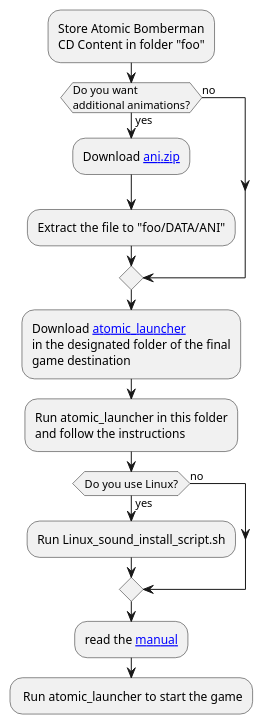
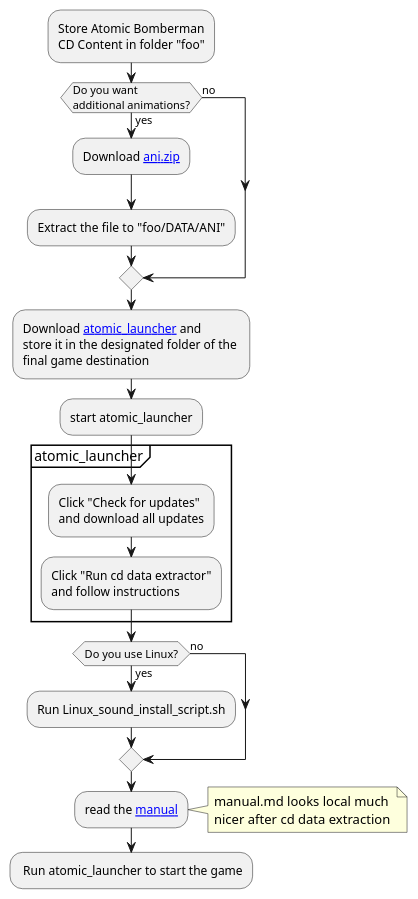
Before and after one commit to PascalCorpsman/fpc_atomic: the diagram in documentation/installation.plantuml, drawn with PlantUML.

Commit message:
ADD: Adjust workflow to be more precise and updated links

```diff
--- a/documentation/installation.plantuml
+++ b/documentation/installation.plantuml
@@ -3,23 +3,32 @@
 @startuml
 
 :Store Atomic Bomberman 
 CD Content in folder "foo";
 if (Do you want 
 additional animations?) then (yes)
 :Download [[https://www.oocities.org/timessquare/tower/4056/download/ani.zip ani.zip]];
 :Extract the file to "foo/DATA/ANI";
 else (no)
 endif
-:Download [[https://github.com/PascalCorpsman/fpc_atomic/tree/main/bin/atomic_launcher.exe atomic_launcher]] 
-in the designated folder of the final
-game destination;
-:Run atomic_launcher in this folder
-and follow the instructions;
+:Download [[https://github.com/PascalCorpsman/fpc_atomic/releases/latest atomic_launcher]] and
+store it in the designated folder of the 
+final game destination;
+:start atomic_launcher;
+partition atomic_launcher {
+:Click "Check for updates"
+and download all updates;
+:Click "Run cd data extractor"
+and follow instructions;
+}
 if (Do you use Linux?) then (yes)
 :Run Linux_sound_install_script.sh;
 else (no)
 endif
 :read the [[https://github.com/PascalCorpsman/fpc_atomic/blob/main/MANUAL.md manual]];
+note right
+manual.md looks local much 
+nicer after cd data extraction
+end note
 : Run atomic_launcher to start the game;
 
 @enduml
```
